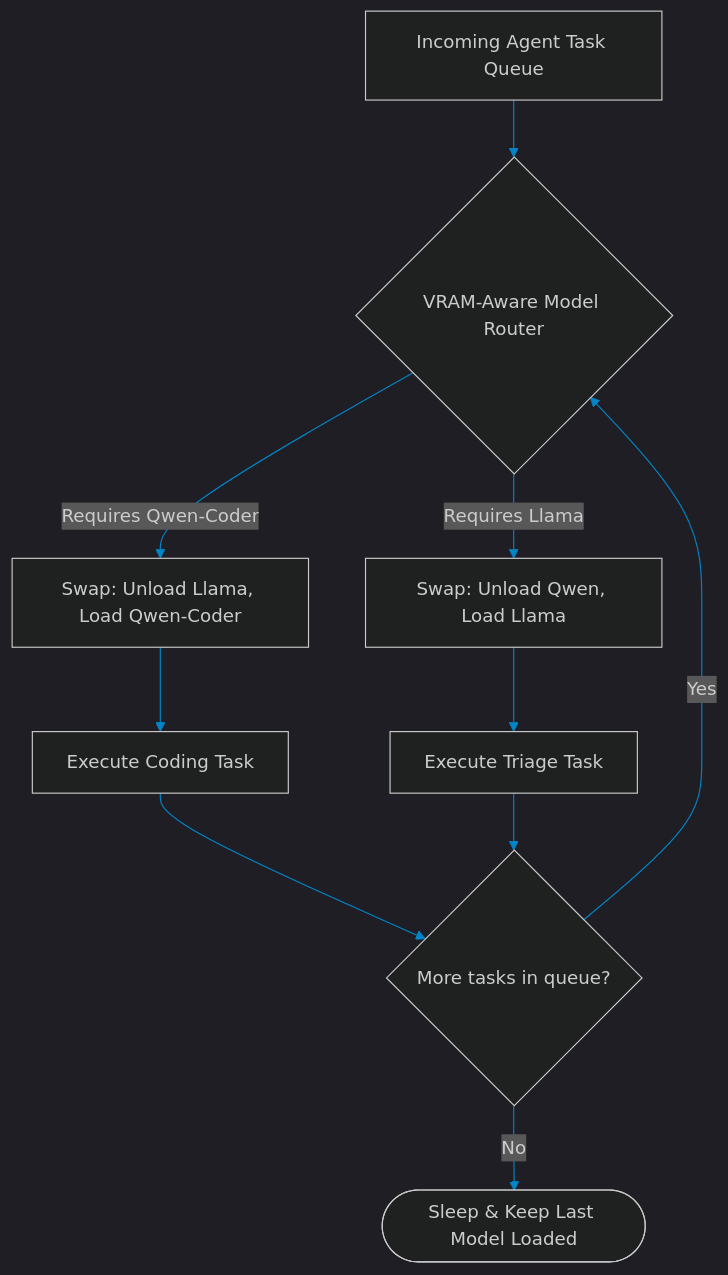
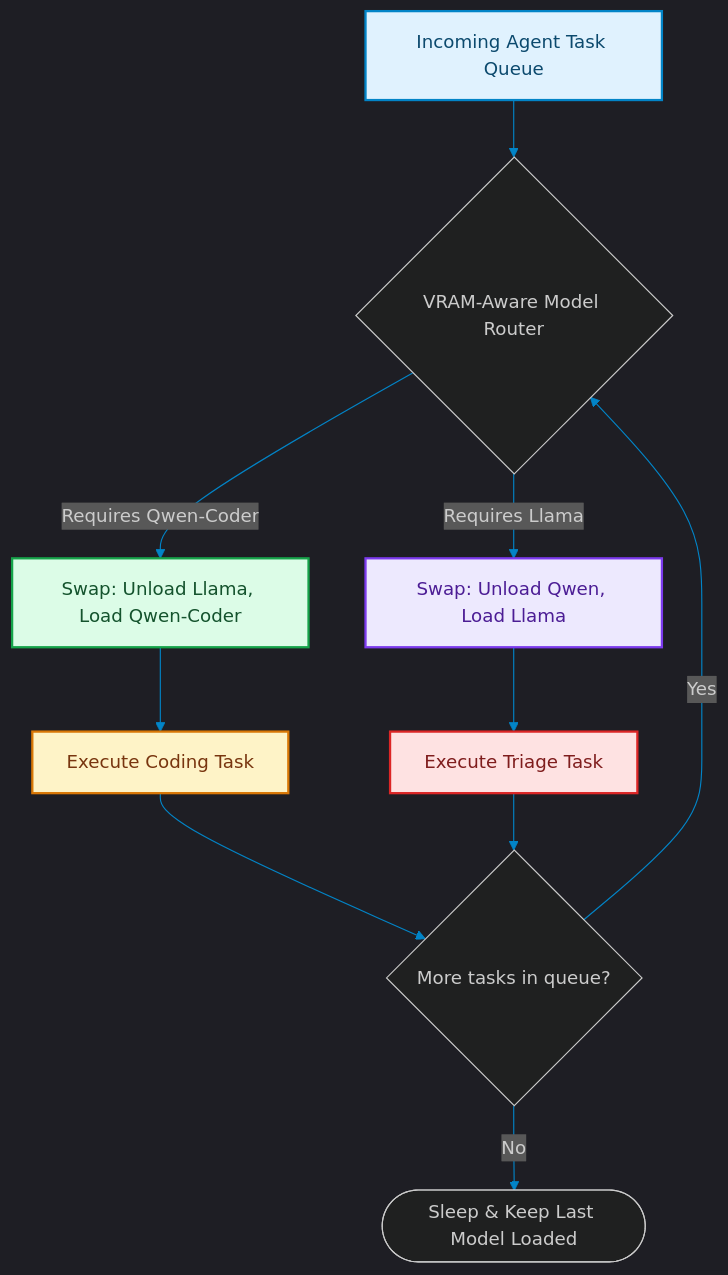
Before and after one commit to akmalkhaniub/akmalkhaniub.github.io: the diagram in blog/posts/edge-swarm-orchestration-single-gpu-VRAM.md, drawn with Mermaid. The commit also changed other lines of this file and 1291 other files, not shown here.

First line of the commit message:
feat(catalog): unique covers, scholarly references, and diagram palettes

````diff
--- a/blog/posts/edge-swarm-orchestration-single-gpu-VRAM.md
+++ b/blog/posts/edge-swarm-orchestration-single-gpu-VRAM.md
@@ -20,17 +20,28 @@
 ```mermaid
 %%{init: {'theme': 'dark', 'themeVariables': { 'primaryColor': '#0284c7', 'primaryTextColor': '#f3f4f6', 'primaryBorderColor': '#38bdf8', 'lineColor': '#0284c7', 'secondaryColor': '#111827', 'tertiaryColor': '#0b0f19'}}}%%
 flowchart TD
-    Task[Incoming Agent Task Queue] --> Router{VRAM-Aware Model Router}
+    Task["Incoming Agent Task Queue"] --> Router{VRAM-Aware Model Router}
     
-    Router -->|Requires Qwen-Coder| SwapA[Swap: Unload Llama, Load Qwen-Coder]
-    Router -->|Requires Llama| SwapB[Swap: Unload Qwen, Load Llama]
+    Router -->|Requires Qwen-Coder| SwapA["Swap: Unload Llama, Load Qwen-Coder"]
+    Router -->|Requires Llama| SwapB["Swap: Unload Qwen, Load Llama"]
     
-    SwapA --> RunA[Execute Coding Task]
-    SwapB --> RunB[Execute Triage Task]
+    SwapA --> RunA["Execute Coding Task"]
+    SwapB --> RunB["Execute Triage Task"]
     
     RunA --> CheckQueue{More tasks in queue?}
     RunB --> CheckQueue
     
     CheckQueue -->|Yes| Router
     CheckQueue -->|No| Idle([Sleep & Keep Last Model Loaded])
+
+classDef green fill:#dcfce7,stroke:#16a34a,stroke-width:2px,color:#14532d;
+classDef red fill:#fee2e2,stroke:#dc2626,stroke-width:2px,color:#7f1d1d;
+classDef blue fill:#e0f2fe,stroke:#0284c7,stroke-width:2px,color:#0c4a6e;
+classDef yellow fill:#fef3c7,stroke:#d97706,stroke-width:2px,color:#78350f;
+classDef purple fill:#ede9fe,stroke:#7c3aed,stroke-width:2px,color:#4c1d95;
+class Task blue
+class SwapA green
+class SwapB purple
+class RunA yellow
+class RunB red
 ```
````
